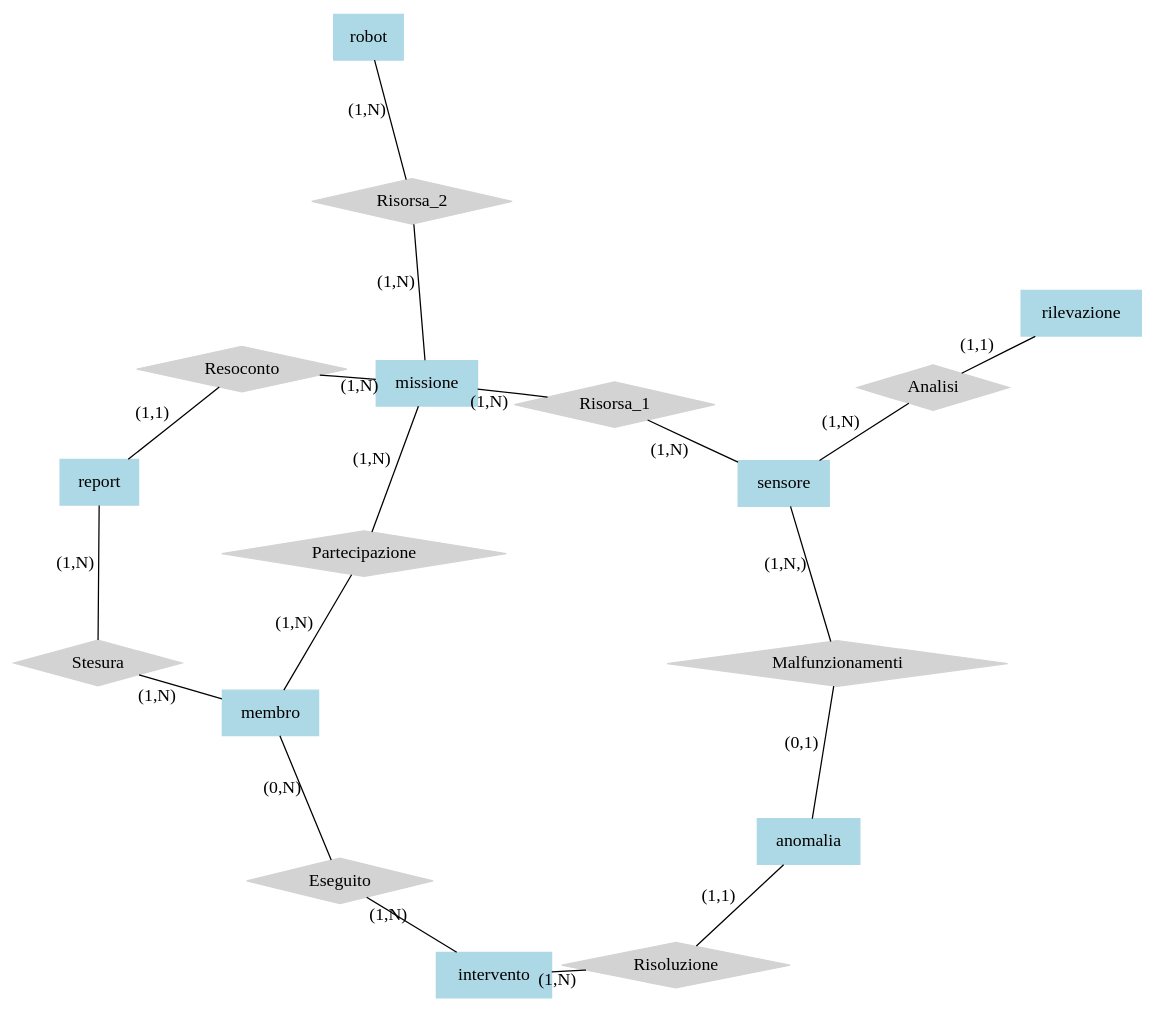
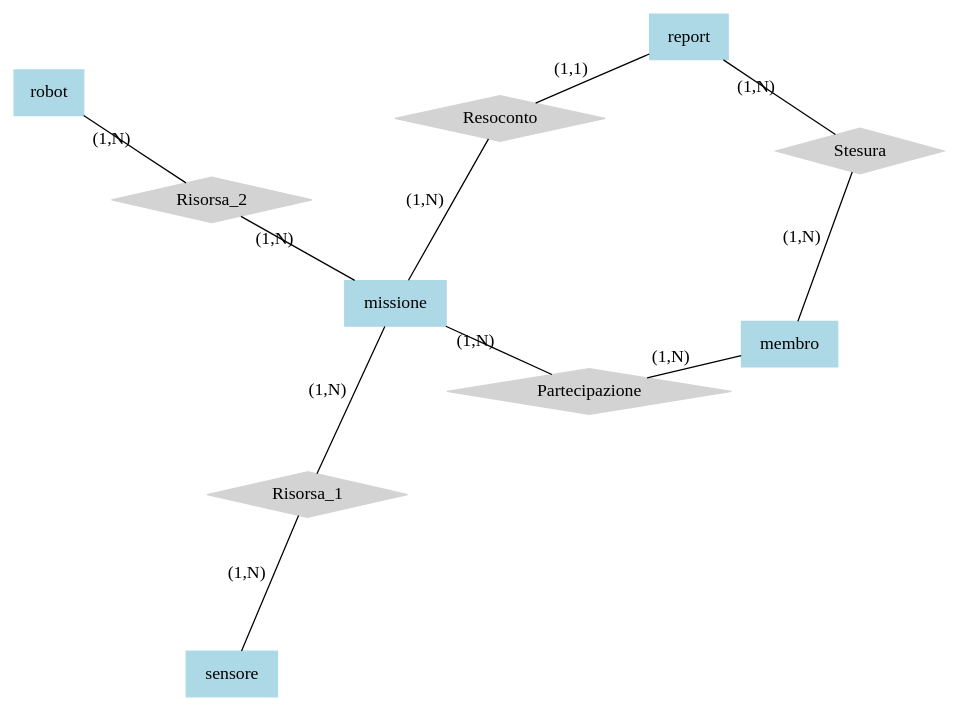
Before and after one commit to Air4x/Progetto-2024-25-DB: the diagram in Modello-ER-portante.dot, drawn with Graphviz.

Commit message:
Ridefinito schema E-R portante

```diff
--- a/Modello-ER-portante.dot
+++ b/Modello-ER-portante.dot
@@ -1,39 +1,24 @@
 graph ER {
     layout=neato;
     overlap=false;
     missione[shape="box", style=filled, color="lightblue"];
     membro[shape="box", style=filled, color="lightblue"];
     sensore[shape="box", style=filled, color="lightblue"];
     robot[shape="box", style=filled, color="lightblue"];
-    rilevazione[shape="box", style=filled, color="lightblue"];
-    anomalia[shape="box", style=filled, color="lightblue"];
-    intervento[shape="box", style=filled, color="lightblue"];
     report[shape="box", style=filled, color="lightblue"];
     Resoconto[shape="diamond", style=filled, color="lightgray"];
     missione -- Resoconto[label="(1,N)"];
     Resoconto -- report[label="(1,1)"];
     Stesura[shape="diamond", style=filled, color="lightgray"];
     membro -- Stesura[label="(1,N)"];
     Stesura -- report[label="(1,N)"];
     Partecipazione[shape="diamond", style=filled, color="lightgray"];
     missione -- Partecipazione[label="(1,N)"];
     Partecipazione -- membro[label="(1,N)"];
-    Eseguito[shape="diamond", style=filled, color="lightgray"];
-    intervento -- Eseguito[label="(1,N)"];
-    Eseguito -- membro[label="(0,N)"];
     Risorsa_1[shape="diamond", style=filled, color="lightgray"];
     missione -- Risorsa_1[label="(1,N)"];
     Risorsa_1 -- sensore[label="(1,N)"];
     Risorsa_2[shape="diamond", style=filled, color="lightgray"];
     missione -- Risorsa_2[label="(1,N)"];
     Risorsa_2 -- robot[label="(1,N)"];
-    Analisi[shape="diamond", style=filled, color="lightgray"];
-    sensore -- Analisi[label="(1,N)"];
-    Analisi -- rilevazione[label="(1,1)"];
-    Malfunzionamenti[shape="diamond", style=filled, color="lightgray"];
-    sensore -- Malfunzionamenti[label="(1,N,)"];
-    Malfunzionamenti -- anomalia[label="(0,1)"];
-    Risoluzione[shape="diamond", style=filled, color="lightgray"];
-    anomalia -- Risoluzione[label="(1,1)"];
-    Risoluzione -- intervento[label="(1,N)"];
 }
```
